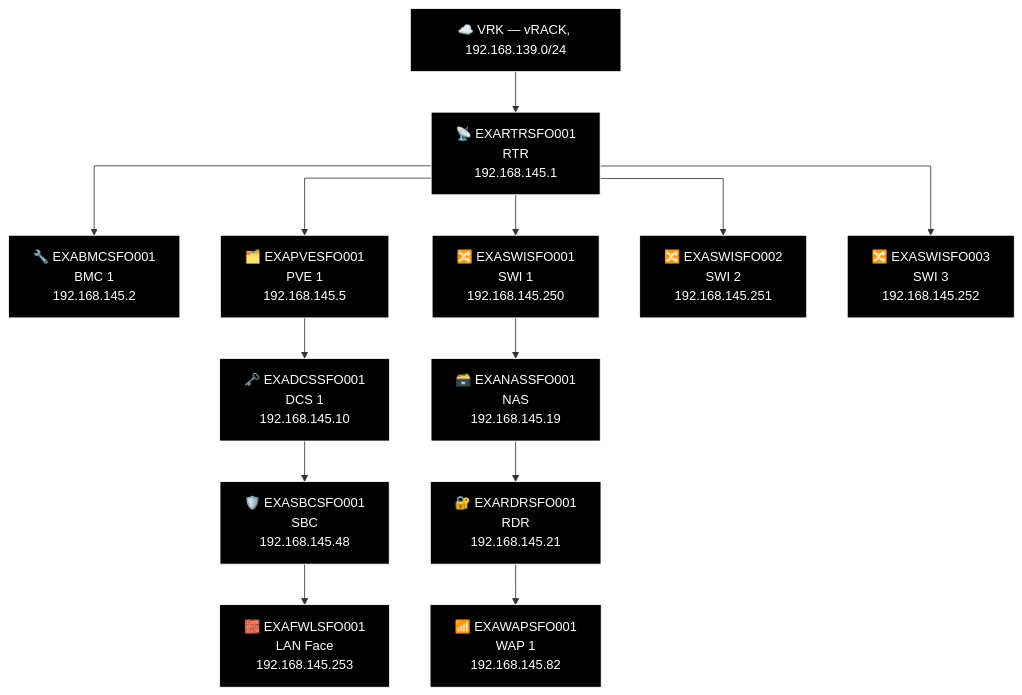
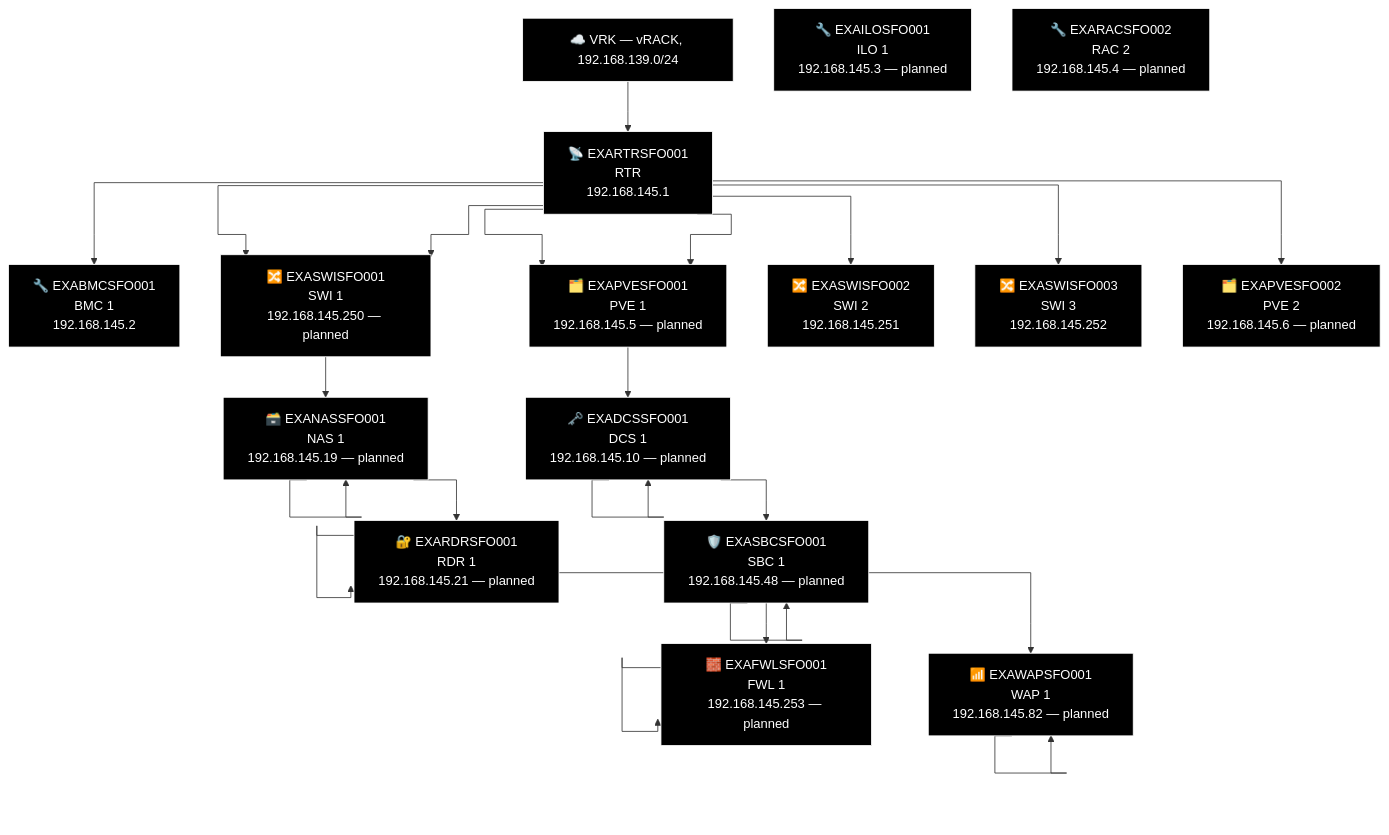
Diagram 19 of 21 in docs/network-diagram/united-states.md (knightmare2600/example_music_infra), drawn with Mermaid before and after one commit. The commit also changed other lines of this file and 10 other files, not shown here.

````diff
--- a/docs/network-diagram/united-states.md
+++ b/docs/network-diagram/united-states.md
@@ -700,40 +775,65 @@
 ```mermaid
 %% GENERATED:TOPOLOGY:SFO:START
 %%{init: {'flowchart': {'curve': 'stepAfter'}}}%%
 graph TD
     T_VRK["☁️ VRK — vRACK, 192.168.139.0/24"]
     T_RTR["📡 EXARTRSFO001<br/>RTR<br/>192.168.145.1"]
     T_VRK --> T_RTR
     T_BMC["🔧 EXABMCSFO001<br/>BMC 1<br/>192.168.145.2"]
     T_RTR --> T_BMC
     T_PVE["🗂️ EXAPVESFO001<br/>PVE 1<br/>192.168.145.5"]
     T_RTR --> T_PVE
     T_SWI["🔀 EXASWISFO001<br/>SWI 1<br/>192.168.145.250"]
     T_RTR --> T_SWI
     T_SWI2["🔀 EXASWISFO002<br/>SWI 2<br/>192.168.145.251"]
     T_RTR --> T_SWI2
     T_SWI3["🔀 EXASWISFO003<br/>SWI 3<br/>192.168.145.252"]
     T_RTR --> T_SWI3
+    T_SWI["🔀 EXASWISFO001<br/>SWI 1<br/>192.168.145.250 — planned"]
+    T_RTR --> T_SWI
+    T_PVE["🗂️ EXAPVESFO001<br/>PVE 1<br/>192.168.145.5 — planned"]
+    T_RTR --> T_PVE
+    T_PVE2["🗂️ EXAPVESFO002<br/>PVE 2<br/>192.168.145.6 — planned"]
+    T_RTR --> T_PVE2
     T_NAS["🗃️ EXANASSFO001<br/>NAS<br/>192.168.145.19"]
+    T_NAS["🗃️ EXANASSFO001<br/>NAS 1<br/>192.168.145.19 — planned"]
     T_RDR["🔐 EXARDRSFO001<br/>RDR<br/>192.168.145.21"]
+    T_RDR["🔐 EXARDRSFO001<br/>RDR 1<br/>192.168.145.21 — planned"]
     T_WAP["📶 EXAWAPSFO001<br/>WAP 1<br/>192.168.145.82"]
-    T_SWI --> T_NAS --> T_RDR --> T_WAP
+    T_WAP["📶 EXAWAPSFO001<br/>WAP 1<br/>192.168.145.82 — planned"]
+    T_SWI --> T_NAS --> T_NAS --> T_RDR --> T_RDR --> T_WAP --> T_WAP
     T_DCS["🗝️ EXADCSSFO001<br/>DCS 1<br/>192.168.145.10"]
+    T_DCS["🗝️ EXADCSSFO001<br/>DCS 1<br/>192.168.145.10 — planned"]
     T_SBC["🛡️ EXASBCSFO001<br/>SBC<br/>192.168.145.48"]
+    T_SBC["🛡️ EXASBCSFO001<br/>SBC 1<br/>192.168.145.48 — planned"]
     T_FWL["🧱 EXAFWLSFO001<br/>LAN Face<br/>192.168.145.253"]
-    T_PVE --> T_DCS --> T_SBC --> T_FWL
+    T_FWL["🧱 EXAFWLSFO001<br/>FWL 1<br/>192.168.145.253 — planned"]
+    T_PVE --> T_DCS --> T_DCS --> T_SBC --> T_SBC --> T_FWL --> T_FWL
+    T_ILO["🔧 EXAILOSFO001<br/>ILO 1<br/>192.168.145.3 — planned"]
+    T_RAC["🔧 EXARACSFO002<br/>RAC 2<br/>192.168.145.4 — planned"]
     style T_VRK fill:#000000,stroke:#FFFFFF,color:#FFFFFF
     style T_RTR fill:#000000,stroke:#FFFFFF,color:#FFFFFF
     style T_BMC fill:#000000,stroke:#FFFFFF,color:#FFFFFF
     style T_PVE fill:#000000,stroke:#FFFFFF,color:#FFFFFF
     style T_SWI fill:#000000,stroke:#FFFFFF,color:#FFFFFF
     style T_SWI2 fill:#000000,stroke:#FFFFFF,color:#FFFFFF
     style T_SWI3 fill:#000000,stroke:#FFFFFF,color:#FFFFFF
+    style T_SWI fill:#000000,stroke:#FFFFFF,color:#FFFFFF
+    style T_PVE fill:#000000,stroke:#FFFFFF,color:#FFFFFF
+    style T_PVE2 fill:#000000,stroke:#FFFFFF,color:#FFFFFF
+    style T_NAS fill:#000000,stroke:#FFFFFF,color:#FFFFFF
     style T_NAS fill:#000000,stroke:#FFFFFF,color:#FFFFFF
     style T_RDR fill:#000000,stroke:#FFFFFF,color:#FFFFFF
+    style T_RDR fill:#000000,stroke:#FFFFFF,color:#FFFFFF
+    style T_WAP fill:#000000,stroke:#FFFFFF,color:#FFFFFF
     style T_WAP fill:#000000,stroke:#FFFFFF,color:#FFFFFF
     style T_DCS fill:#000000,stroke:#FFFFFF,color:#FFFFFF
+    style T_DCS fill:#000000,stroke:#FFFFFF,color:#FFFFFF
+    style T_SBC fill:#000000,stroke:#FFFFFF,color:#FFFFFF
     style T_SBC fill:#000000,stroke:#FFFFFF,color:#FFFFFF
     style T_FWL fill:#000000,stroke:#FFFFFF,color:#FFFFFF
+    style T_FWL fill:#000000,stroke:#FFFFFF,color:#FFFFFF
+    style T_ILO fill:#000000,stroke:#FFFFFF,color:#FFFFFF
+    style T_RAC fill:#000000,stroke:#FFFFFF,color:#FFFFFF
 %% GENERATED:TOPOLOGY:SFO:END
 ```
````
